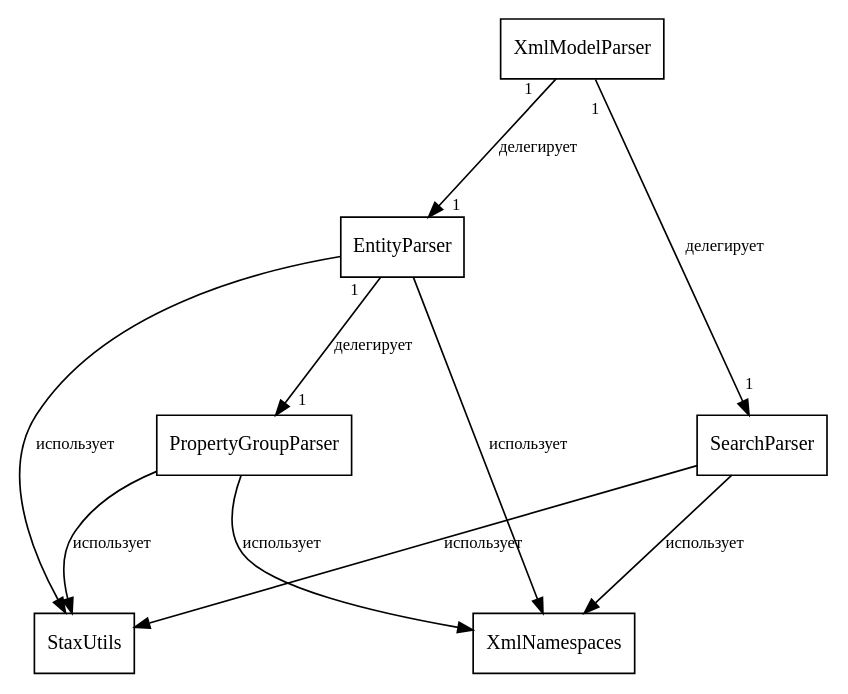
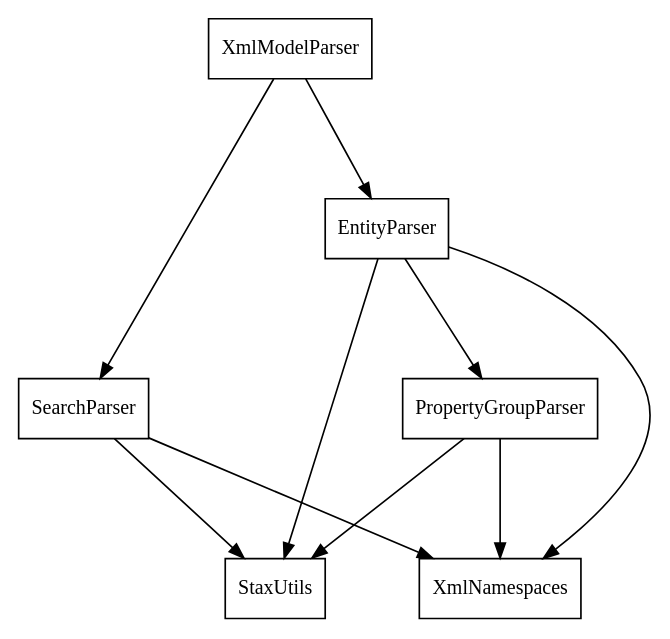
The diagram in diagrams/cls_parser_initial.dot (nastolbov/AutoTestGeneratorUpdate), drawn with Graphviz before and after one commit. The commit also changed 38 other files, not shown here.

```diff
--- a/diagrams/cls_parser_initial.dot
+++ b/diagrams/cls_parser_initial.dot
@@ -1,23 +1,17 @@
 digraph cls_parser_initial {
     rankdir=TB; fontname="Liberation Serif";
     nodesep=0.7; ranksep=1.0;
     node [fontname="Liberation Serif", fontsize=12, shape=box, style=filled, fillcolor=white];
-    edge [color=black, fontname="Liberation Serif", fontsize=10, labeldistance=1.8, arrowsize=0.9];
+    edge [color=black, arrowsize=0.9];
 
     XMP [label="XmlModelParser"];
     EP  [label="EntityParser"];
     PGP [label="PropertyGroupParser"];
     SP  [label="SearchParser"];
     SU  [label="StaxUtils"];
     XN  [label="XmlNamespaces"];
-    XMP -> EP  [label="делегирует", taillabel="1", headlabel="1"];
-    XMP -> SP  [label="делегирует", taillabel="1", headlabel="1"];
-    EP  -> PGP [label="делегирует", taillabel="1", headlabel="1"];
-    EP  -> SU  [label="использует"];
-    PGP -> SU  [label="использует"];
-    SP  -> SU  [label="использует"];
-    EP  -> XN  [label="использует"];
-    PGP -> XN  [label="использует"];
-    SP  -> XN  [label="использует"];
+    XMP -> EP; XMP -> SP; EP -> PGP;
+    EP -> SU; PGP -> SU; SP -> SU;
+    EP -> XN; PGP -> XN; SP -> XN;
 
 }
```
